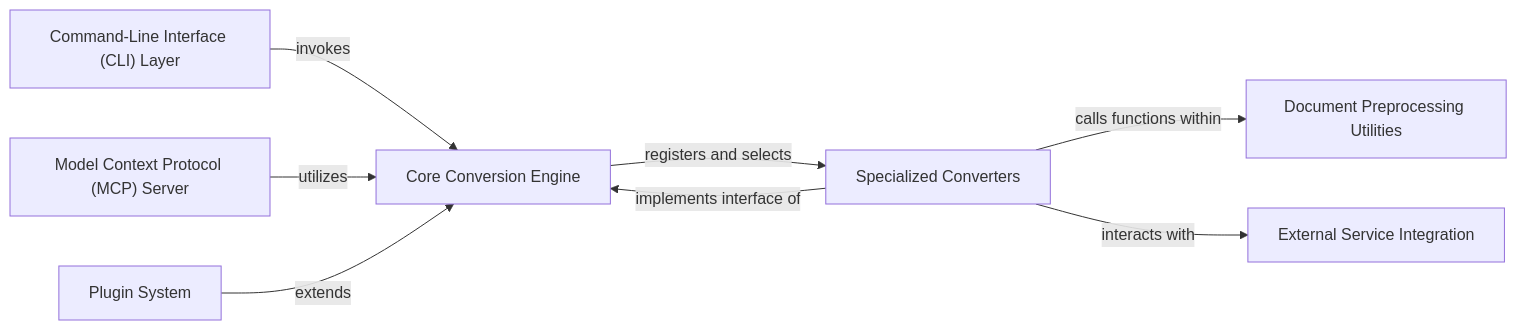
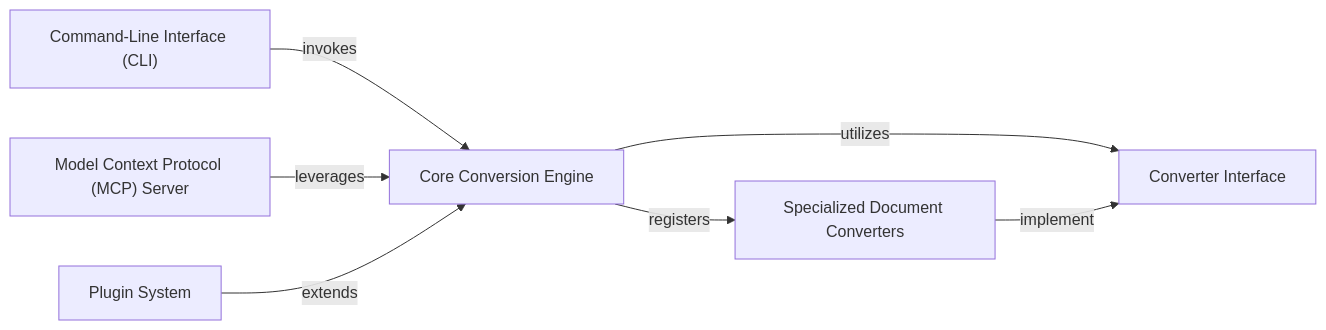
One commit to CodeBoarding/GeneratedOnBoardings changed the diagram in markitdown/on_boarding.md. Above: the diagram before and after it, drawn with Mermaid. The commit also changed other lines of this file, not shown here.

````diff
--- a/markitdown/on_boarding.md
+++ b/markitdown/on_boarding.md
@@ -1,17 +1,15 @@
 ```mermaid
 graph LR
     Core_Conversion_Engine["Core Conversion Engine"]
-    Specialized_Converters["Specialized Converters"]
-    Command_Line_Interface_CLI_Layer["Command-Line Interface (CLI) Layer"]
+    Converter_Interface["Converter Interface"]
+    Specialized_Document_Converters["Specialized Document Converters"]
+    Command_Line_Interface_CLI_["Command-Line Interface (CLI)"]
     Plugin_System["Plugin System"]
     Model_Context_Protocol_MCP_Server["Model Context Protocol (MCP) Server"]
-    Document_Preprocessing_Utilities["Document Preprocessing Utilities"]
-    External_Service_Integration["External Service Integration"]
-    Core_Conversion_Engine -- "registers and selects" --> Specialized_Converters
-    Command_Line_Interface_CLI_Layer -- "invokes" --> Core_Conversion_Engine
-    Model_Context_Protocol_MCP_Server -- "utilizes" --> Core_Conversion_Engine
+    Core_Conversion_Engine -- "registers" --> Specialized_Document_Converters
+    Core_Conversion_Engine -- "utilizes" --> Converter_Interface
+    Specialized_Document_Converters -- "implement" --> Converter_Interface
+    Command_Line_Interface_CLI_ -- "invokes" --> Core_Conversion_Engine
+    Model_Context_Protocol_MCP_Server -- "leverages" --> Core_Conversion_Engine
     Plugin_System -- "extends" --> Core_Conversion_Engine
-    Specialized_Converters -- "implements interface of" --> Core_Conversion_Engine
-    Specialized_Converters -- "calls functions within" --> Document_Preprocessing_Utilities
-    Specialized_Converters -- "interacts with" --> External_Service_Integration
 ```
````
